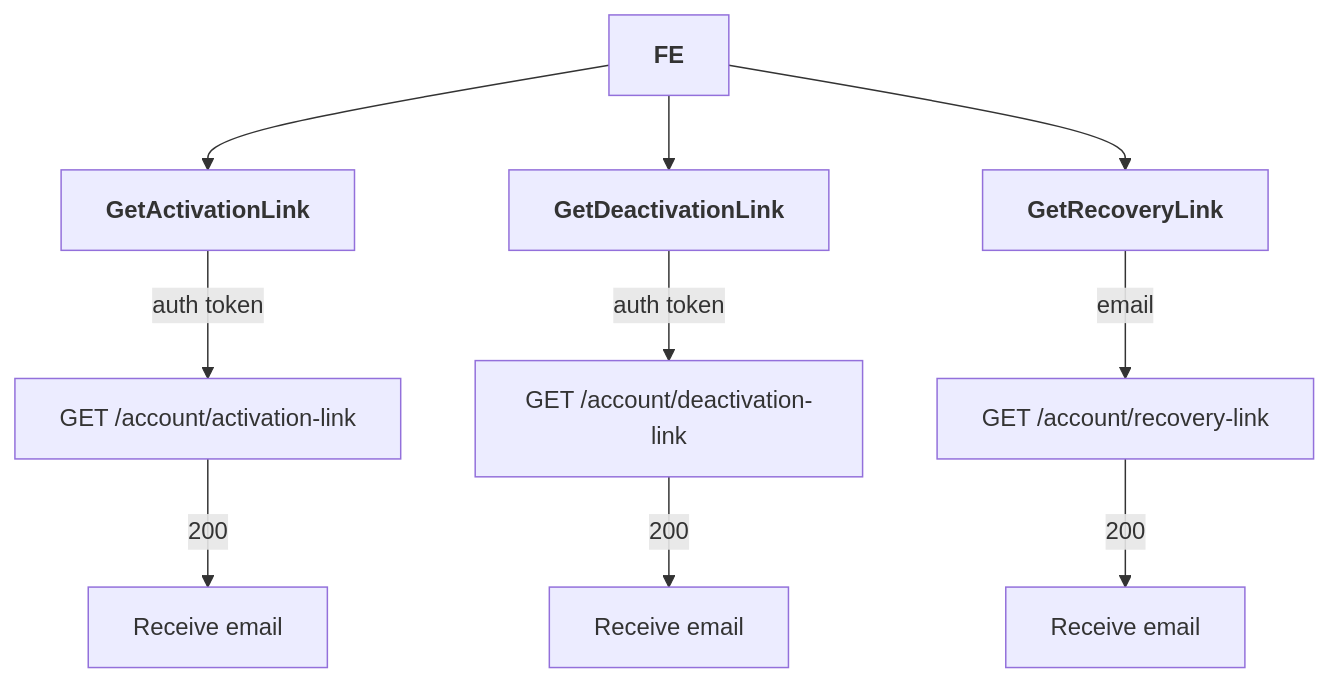
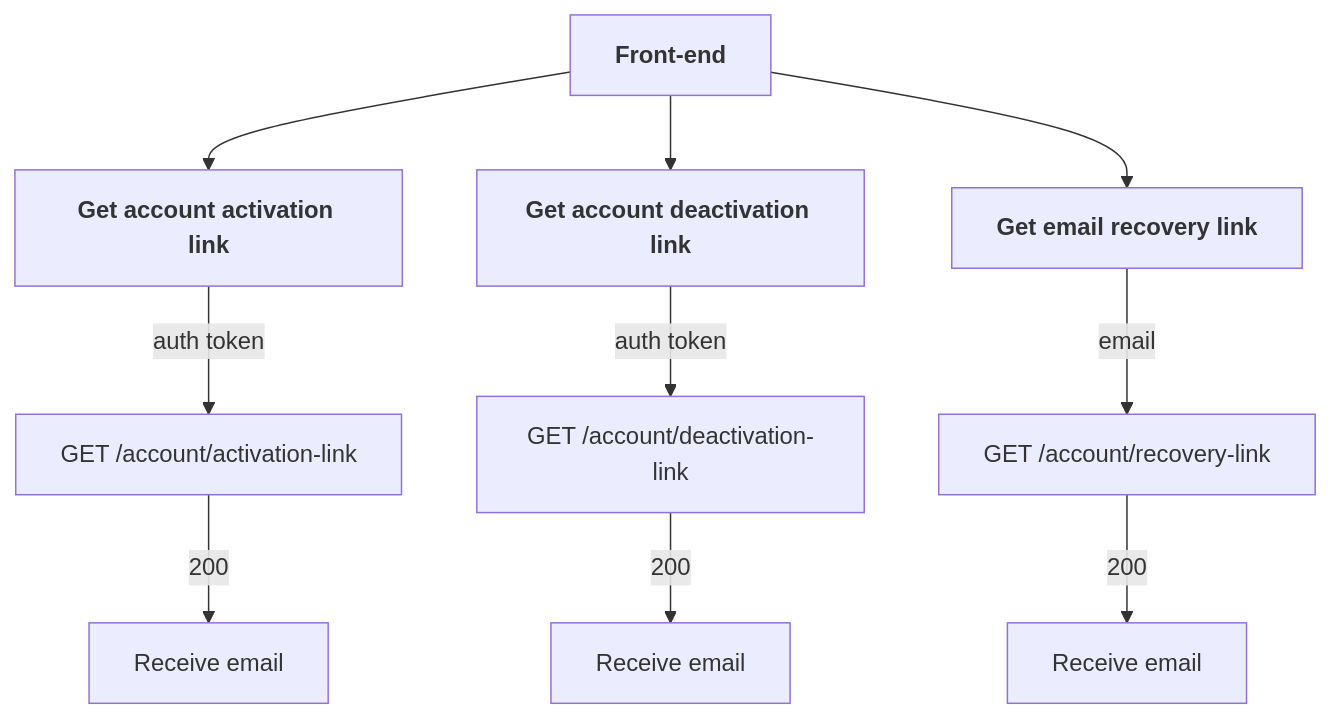
Before and after one commit to Karmello/ask-the-world-api: the first of 12 diagrams in README.md, drawn with Mermaid.

````diff
--- a/README.md
+++ b/README.md
@@ -26,7 +26,7 @@
 ```mermaid
 flowchart
-ROOT[<b>FE</b>]
-ROOT --> A1[<b>GetActivationLink</b>] --> |auth token|A2[GET /account/activation-link] --> |200|A3[Receive email]
-ROOT --> B1[<b>GetDeactivationLink</b>] --> |auth token|B2[GET /account/deactivation-link] --> |200|B3[Receive email]
-ROOT --> C1[<b>GetRecoveryLink</b>] --> |email|C2[GET /account/recovery-link] --> |200|C3[Receive email]
+ROOT[<b>Front-end</b>]
+ROOT --> A1[<b>Get account activation link</b>] --> |auth token|A2[GET /account/activation-link] --> |200|A3[Receive email]
+ROOT --> B1[<b>Get account deactivation link</b>] --> |auth token|B2[GET /account/deactivation-link] --> |200|B3[Receive email]
+ROOT --> C1[<b>Get email recovery link</b>] --> |email|C2[GET /account/recovery-link] --> |200|C3[Receive email]
 ```
````
